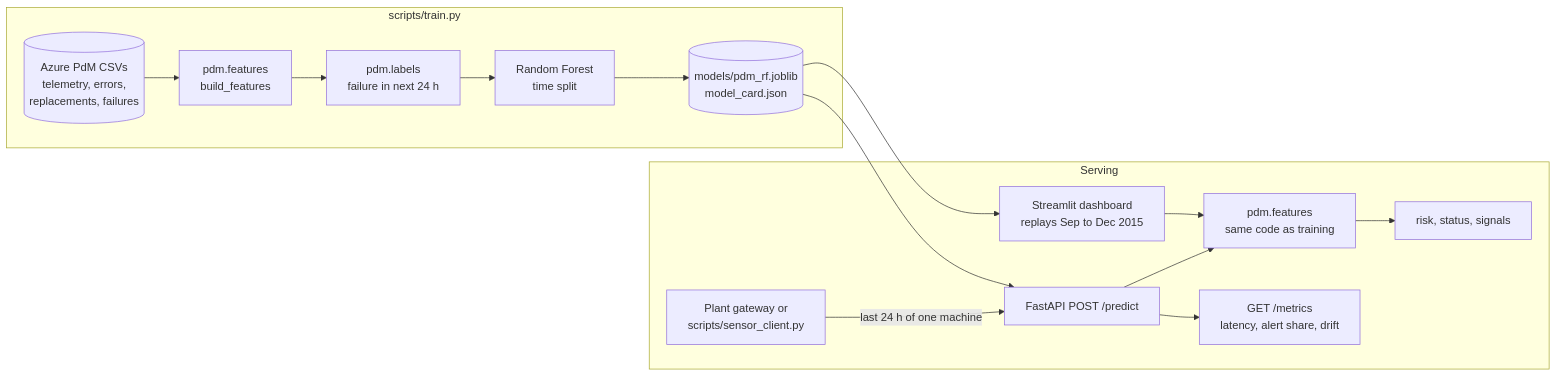
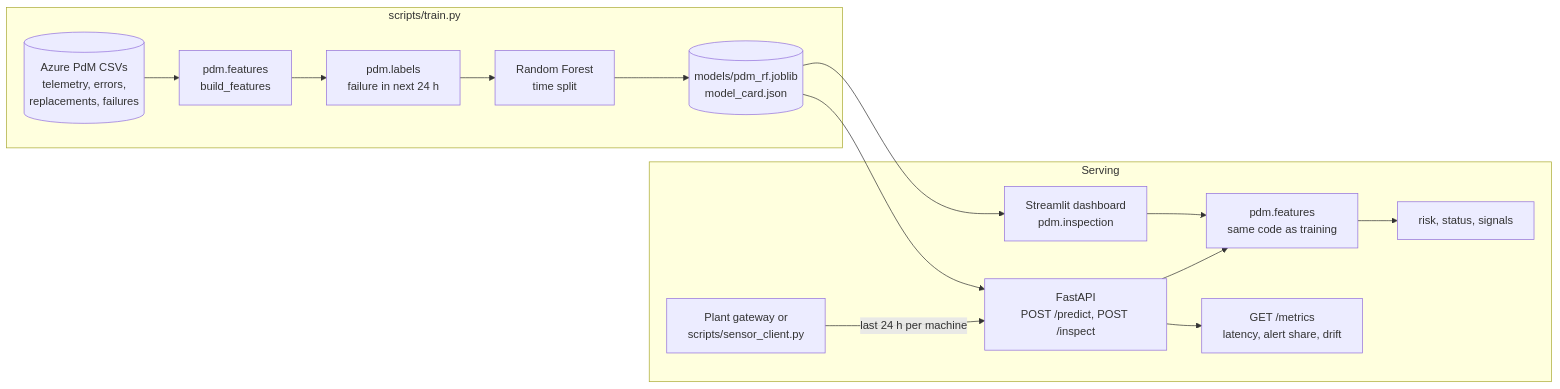
One commit to HachiVin/Predictive-Maintenance-System changed the first of 2 diagrams in README.md. Above: the diagram before and after it, drawn with Mermaid. The commit also changed other lines of this file and 18 other files, not shown here.

````diff
--- a/README.md
+++ b/README.md
@@ -47,18 +85,18 @@
 ```mermaid
 flowchart LR
     subgraph Training ["scripts/train.py"]
         R[("Azure PdM CSVs<br/>telemetry, errors,<br/>replacements, failures")] --> F1["pdm.features<br/>build_features"]
         F1 --> L["pdm.labels<br/>failure in next 24 h"]
         L --> M["Random Forest<br/>time split"]
         M --> B[("models/pdm_rf.joblib<br/>model_card.json")]
     end
     subgraph Serving
-        C["Plant gateway or<br/>scripts/sensor_client.py"] -- "last 24 h of one machine" --> A["FastAPI POST /predict"]
+        C["Plant gateway or<br/>scripts/sensor_client.py"] -- "last 24 h per machine" --> A["FastAPI<br/>POST /predict, POST /inspect"]
         A --> F2["pdm.features<br/>same code as training"]
         F2 --> P["risk, status, signals"]
         A --> MON["GET /metrics<br/>latency, alert share, drift"]
-        D["Streamlit dashboard<br/>replays Sep to Dec 2015"] --> F2
+        D["Streamlit dashboard<br/>pdm.inspection"] --> F2
     end
     B --> A
     B --> D
 ```
````
